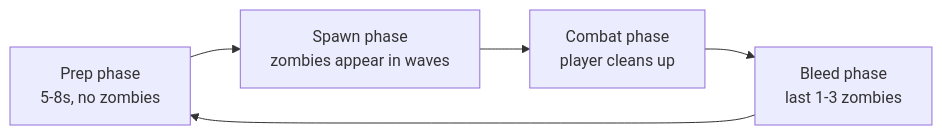
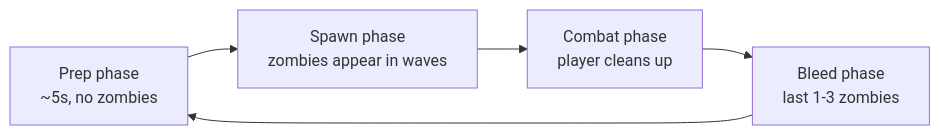
Before and after one commit to JordanUrbaezLu/abandoned_cyber_city_zombies: the first of 3 diagrams in docs/05_mechanics.md, drawn with Mermaid. The commit also changed other lines of this file and 131 other files, not shown here.

````diff
--- a/docs/05_mechanics.md
+++ b/docs/05_mechanics.md
@@ -9,7 +9,7 @@
 ```mermaid
 flowchart LR
-    Prep[Prep phase<br/>5-8s, no zombies] --> Spawn[Spawn phase<br/>zombies appear in waves]
+    Prep[Prep phase<br/>~5s, no zombies] --> Spawn[Spawn phase<br/>zombies appear in waves]
     Spawn --> Combat[Combat phase<br/>player cleans up]
     Combat --> Bleed[Bleed phase<br/>last 1-3 zombies]
     Bleed --> Prep
 ```
````
